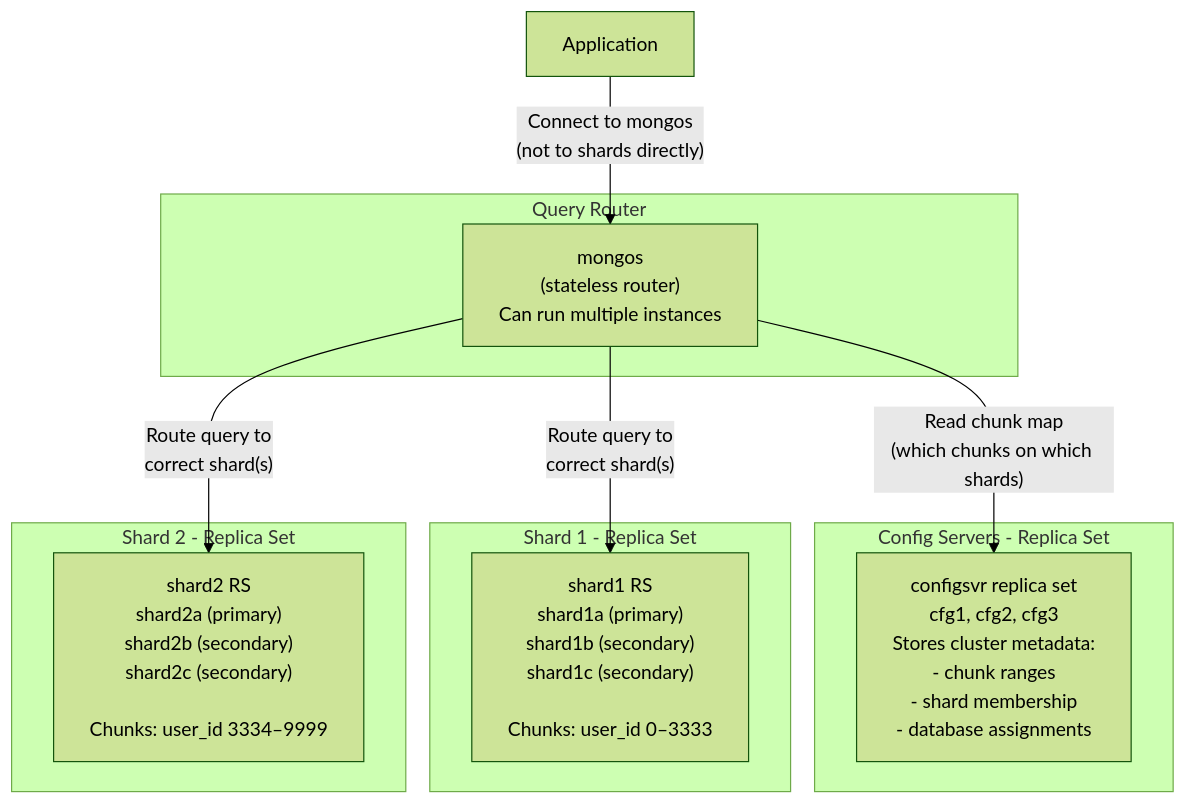
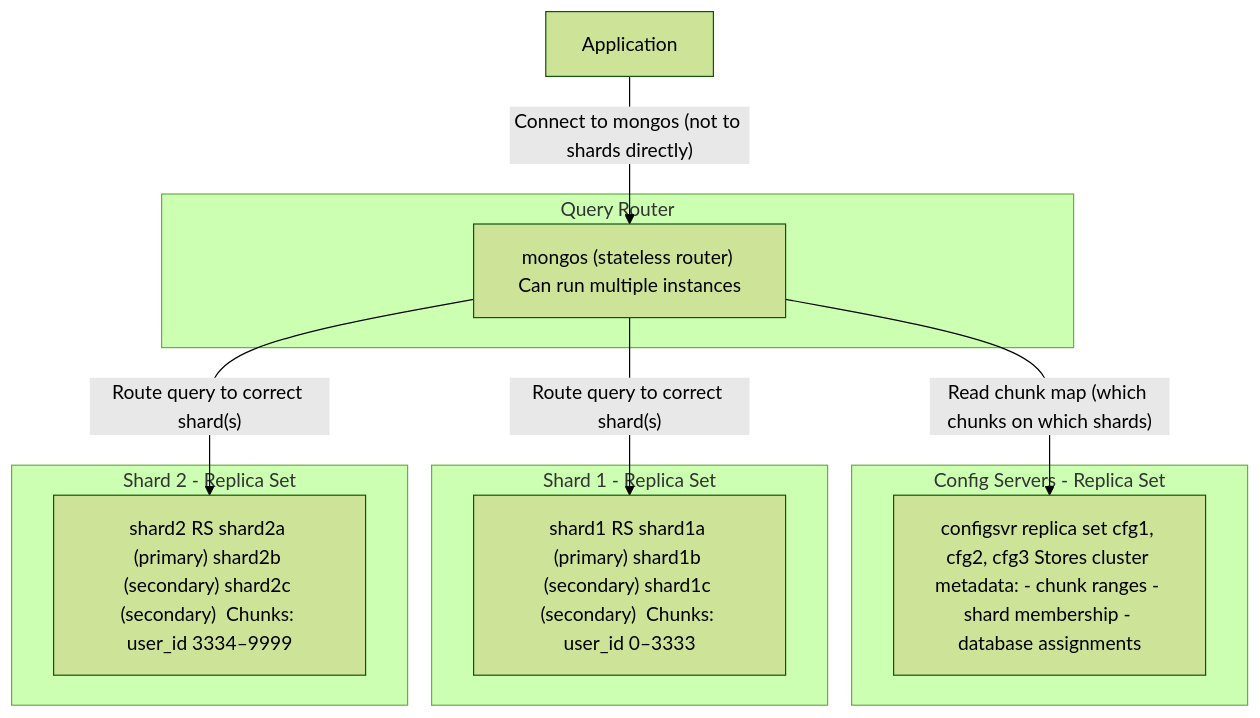
The first of 6 diagrams in materials/nosql/05-mongodb-sharding/01-sharding-architecture.md (afekash/project_shopflow-afek), drawn with Mermaid (forest theme) before and after one commit. The commit also changed other lines of this file and 5 other files, not shown here.

````diff
--- a/materials/nosql/05-mongodb-sharding/01-sharding-architecture.md
+++ b/materials/nosql/05-mongodb-sharding/01-sharding-architecture.md
@@ -18,25 +18,25 @@
 ```mermaid
 graph TD
-    App["Application"] -->|"Connect to mongos\n(not to shards directly)"| Mongos
+    App["Application"] -->|"Connect to mongos (not to shards directly)"| Mongos
 
     subgraph router [Query Router]
-        Mongos["mongos\n(stateless router)\nCan run multiple instances"]
+        Mongos["mongos (stateless router) Can run multiple instances"]
     end
 
-    Mongos -->|"Read chunk map\n(which chunks on which shards)"| ConfigRS
+    Mongos -->|"Read chunk map (which chunks on which shards)"| ConfigRS
 
     subgraph config [Config Servers - Replica Set]
-        ConfigRS["configsvr replica set\ncfg1, cfg2, cfg3\nStores cluster metadata:\n- chunk ranges\n- shard membership\n- database assignments"]
+        ConfigRS["configsvr replica set cfg1, cfg2, cfg3 Stores cluster metadata: - chunk ranges - shard membership - database assignments"]
     end
 
-    Mongos -->|"Route query to\ncorrect shard(s)"| Shard1
-    Mongos -->|"Route query to\ncorrect shard(s)"| Shard2
+    Mongos -->|"Route query to correct shard(s)"| Shard1
+    Mongos -->|"Route query to correct shard(s)"| Shard2
 
     subgraph shard1 [Shard 1 - Replica Set]
-        Shard1["shard1 RS\nshard1a (primary)\nshard1b (secondary)\nshard1c (secondary)\n\nChunks: user_id 0–3333"]
+        Shard1["shard1 RS shard1a (primary) shard1b (secondary) shard1c (secondary)  Chunks: user_id 0–3333"]
     end
 
     subgraph shard2 [Shard 2 - Replica Set]
-        Shard2["shard2 RS\nshard2a (primary)\nshard2b (secondary)\nshard2c (secondary)\n\nChunks: user_id 3334–9999"]
+        Shard2["shard2 RS shard2a (primary) shard2b (secondary) shard2c (secondary)  Chunks: user_id 3334–9999"]
     end
 ```
````
